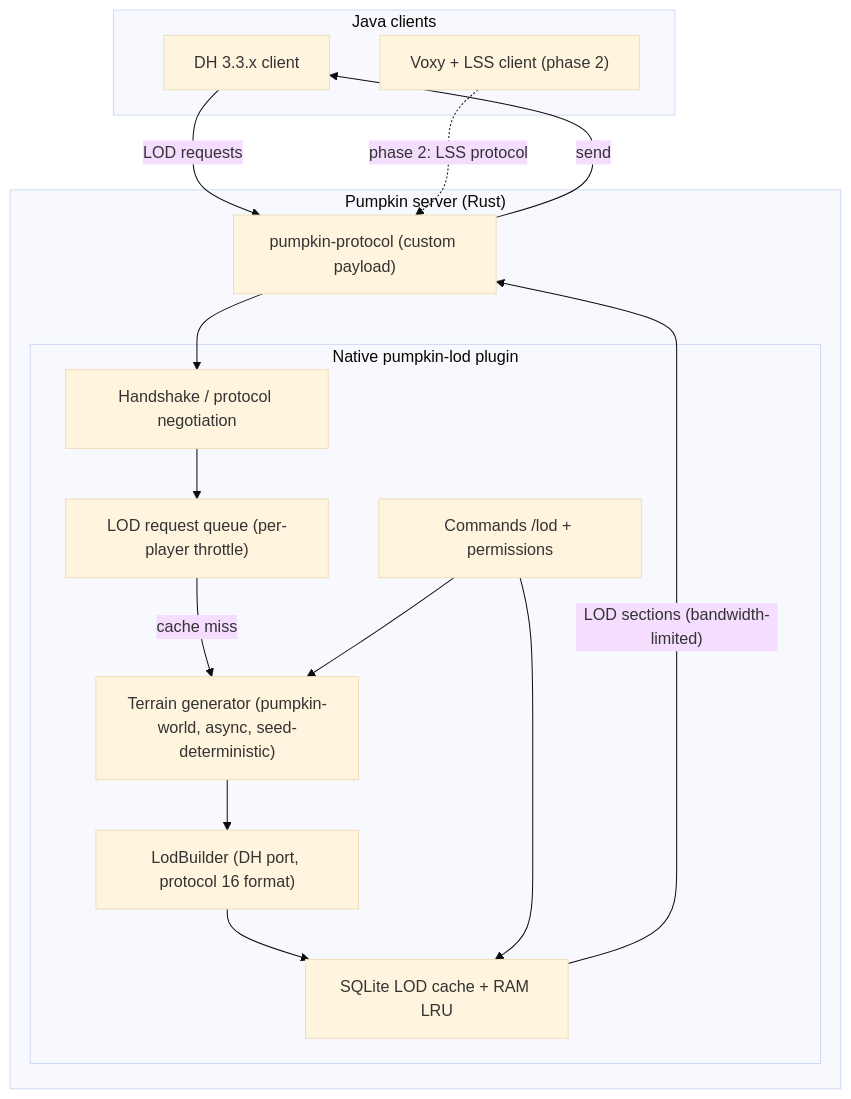
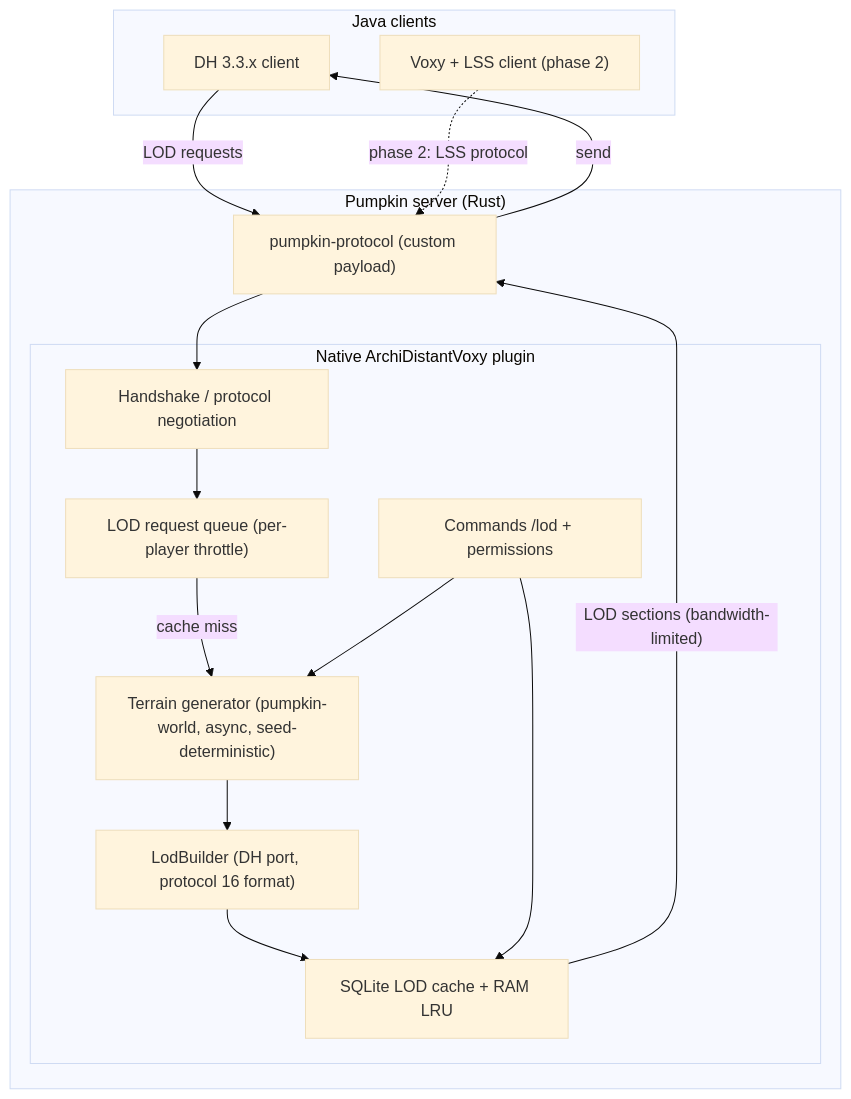
The diagram in SPEC.md (damienmillet/ArchiDistantVoxy), drawn with Mermaid (base theme) before and after one commit. The commit also changed other lines of this file and 1 other file, not shown here.

Commit message:
docs: rename project to ArchiDistantVoxy

````diff
--- a/SPEC.md
+++ b/SPEC.md
@@ -94,29 +94,29 @@
 ```mermaid
 flowchart TD
   subgraph Clients["Java clients"]
     DH["DH 3.3.x client"]
     VOX["Voxy + LSS client (phase 2)"]
   end
   subgraph Pumpkin["Pumpkin server (Rust)"]
     NET["pumpkin-protocol (custom payload)"]
-    subgraph Plugin["Native pumpkin-lod plugin"]
+    subgraph Plugin["Native ArchiDistantVoxy plugin"]
       HS["Handshake / protocol negotiation"]
       REQ["LOD request queue (per-player throttle)"]
       GEN["Terrain generator (pumpkin-world, async, seed-deterministic)"]
       BLD["LodBuilder (DH port, protocol 16 format)"]
       CACHE["SQLite LOD cache + RAM LRU"]
       CMD["Commands /lod + permissions"]
     end
   end
   DH -- "LOD requests" --> NET
   NET --> HS
   HS --> REQ
   REQ -- "cache miss" --> GEN
   GEN --> BLD
   BLD --> CACHE
   CACHE -- "LOD sections (bandwidth-limited)" --> NET
   NET -- "send" --> DH
   CMD --> CACHE
   CMD --> GEN
   VOX -. "phase 2: LSS protocol" .-> NET
 ```
````
